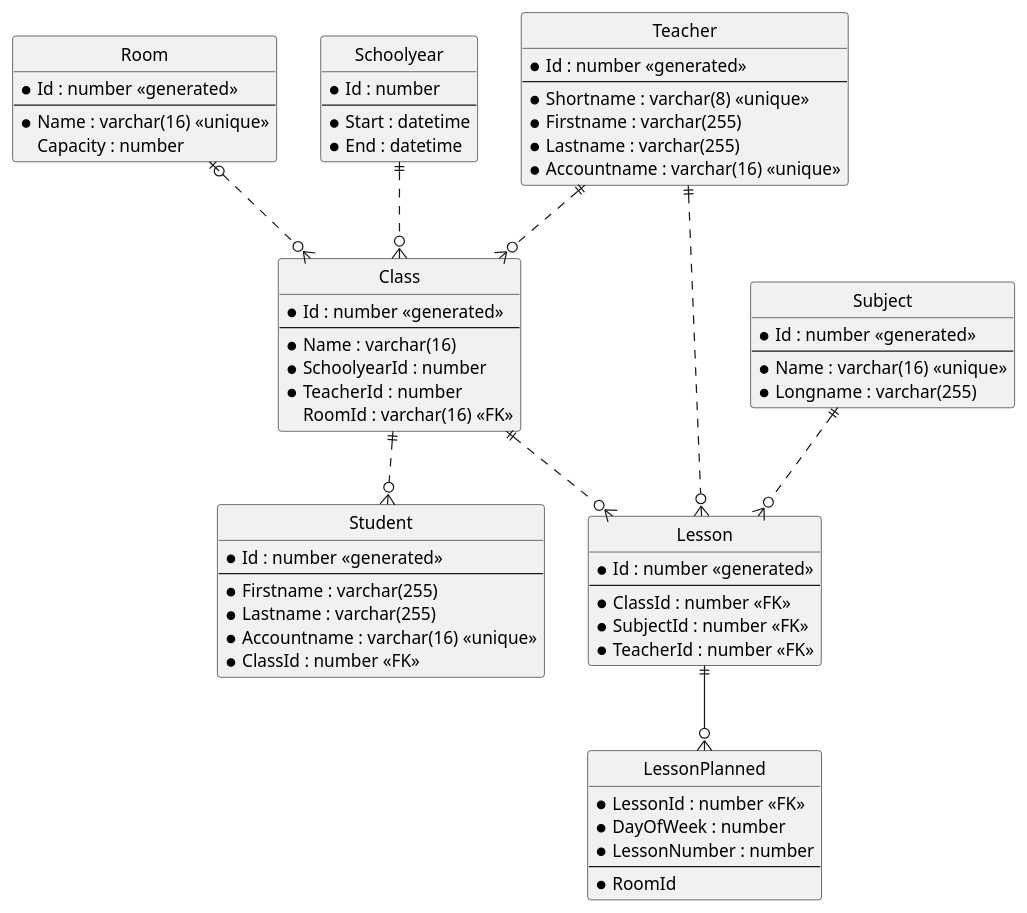
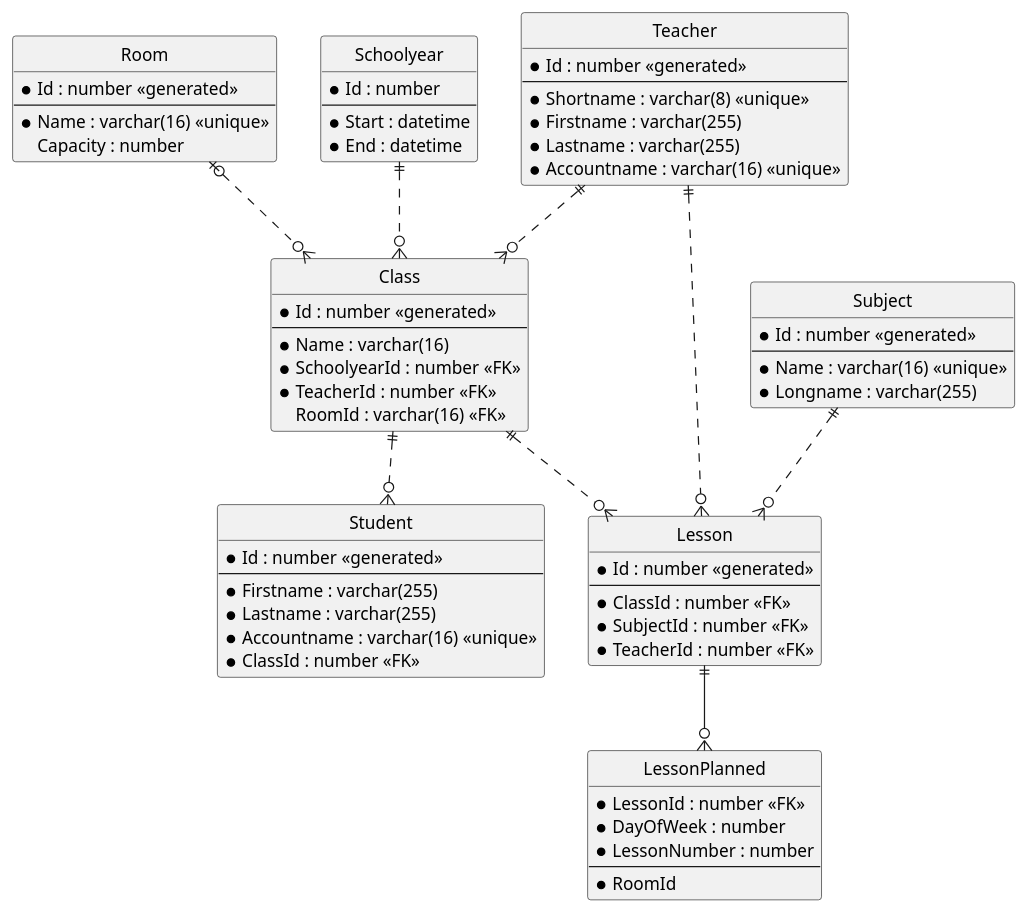
Before and after one commit to schletz/Dbi1Sem: the diagram in 02_Modellierung/er_demo.md, drawn with PlantUML. The commit also changed other lines of this file and 2 other files, not shown here.

```diff
--- a/02_Modellierung/er_demo.md
+++ b/02_Modellierung/er_demo.md
@@ -50,8 +49,8 @@
     *Id : number <<generated>>
     ---
     *Name : varchar(16)
-    *SchoolyearId : number
-    *TeacherId : number
+    *SchoolyearId : number <<FK>>
+    *TeacherId : number <<FK>>
     RoomId : varchar(16) <<FK>>
 }
 
```
